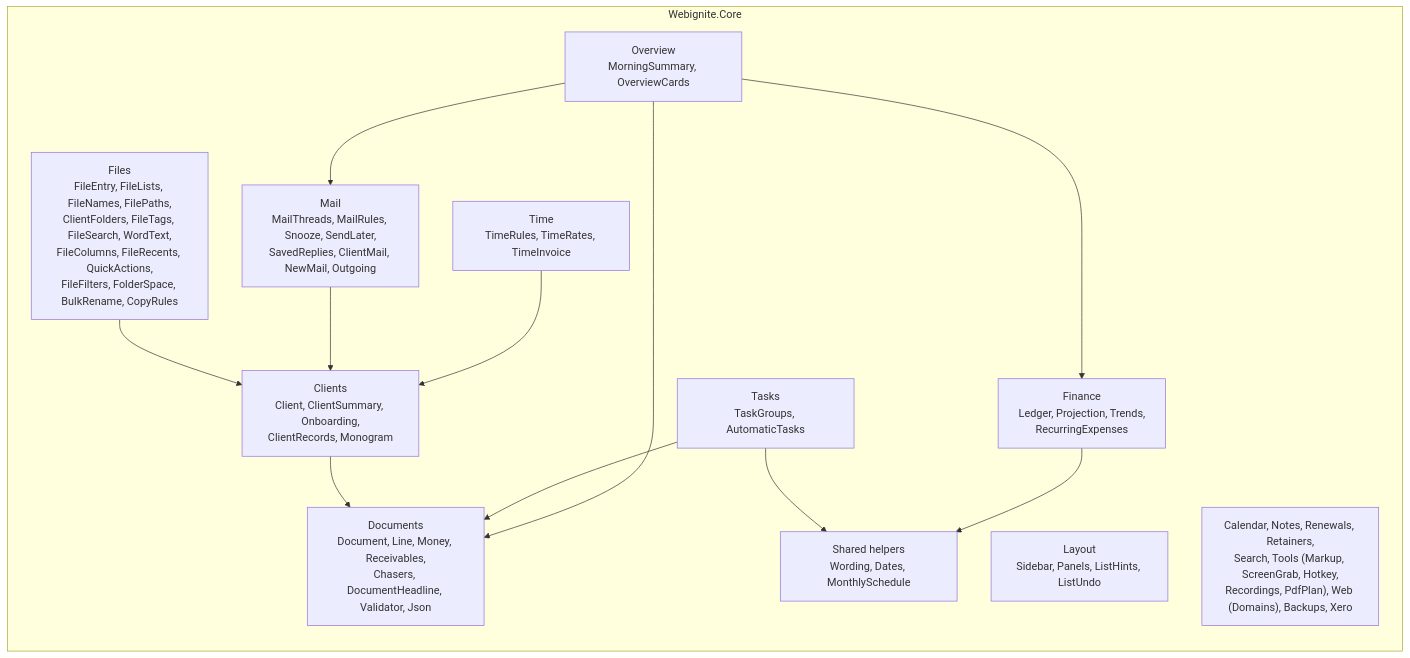
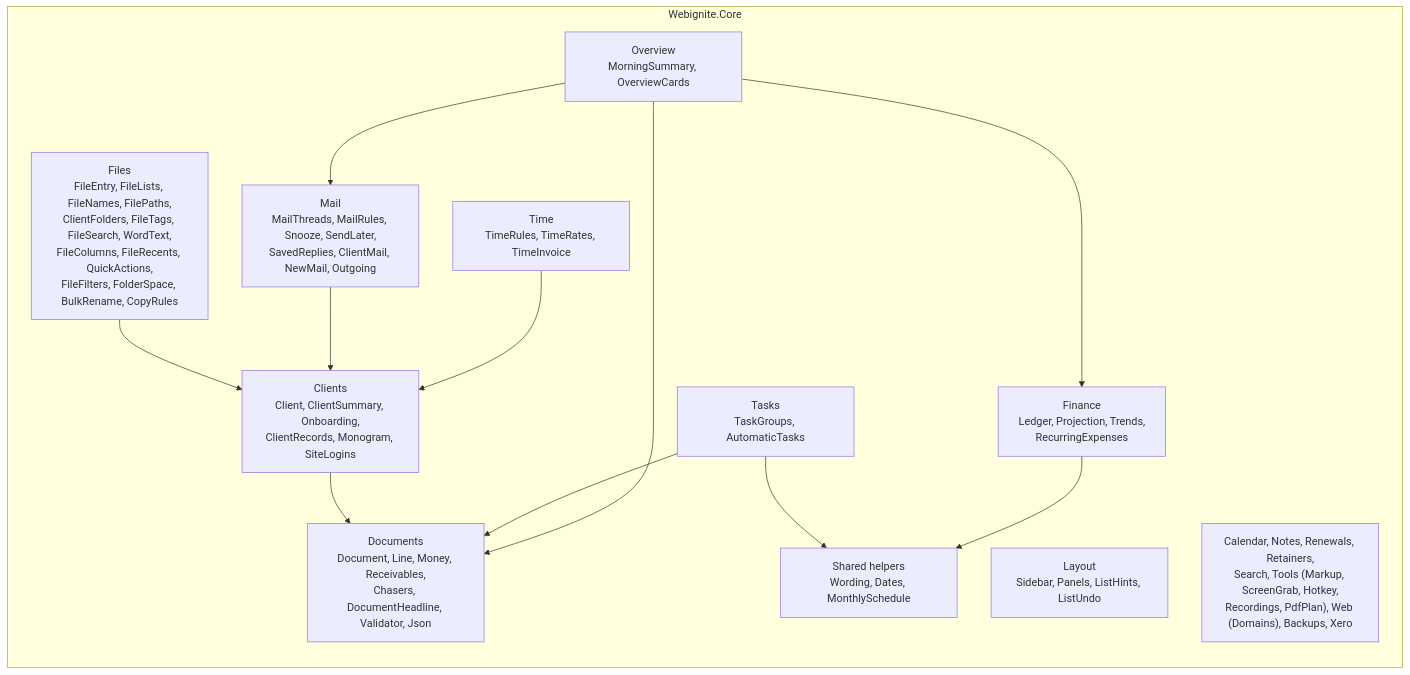
The fourth of 9 diagrams in docs/architecture.md (EdWebIgnite/Webignite-Desktop), drawn with Mermaid before and after one commit. The commit also changed other lines of this file and 13 other files, not shown here.

First line of the commit message:
Site logins under each client

````diff
--- a/docs/architecture.md
+++ b/docs/architecture.md
@@ -114,26 +114,26 @@
 ```mermaid
 flowchart LR
     subgraph core["Webignite.Core"]
         documents["Documents<br/>Document, Line, Money, Receivables,<br/>Chasers, DocumentHeadline, Validator, Json"]
-        clients["Clients<br/>Client, ClientSummary, Onboarding,<br/>ClientRecords, Monogram"]
+        clients["Clients<br/>Client, ClientSummary, Onboarding,<br/>ClientRecords, Monogram, SiteLogins"]
         mailc["Mail<br/>MailThreads, MailRules, Snooze, SendLater,<br/>SavedReplies, ClientMail, NewMail, Outgoing"]
         finance["Finance<br/>Ledger, Projection, Trends,<br/>RecurringExpenses"]
         time["Time<br/>TimeRules, TimeRates, TimeInvoice"]
         tasks["Tasks<br/>TaskGroups, AutomaticTasks"]
         overview["Overview<br/>MorningSummary, OverviewCards"]
         layout["Layout<br/>Sidebar, Panels, ListHints, ListUndo"]
         shared["Shared helpers<br/>Wording, Dates, MonthlySchedule"]
         files["Files<br/>FileEntry, FileLists, FileNames, FilePaths,<br/>ClientFolders, FileTags, FileSearch, WordText,<br/>FileColumns, FileRecents, QuickActions,<br/>FileFilters, FolderSpace, BulkRename, CopyRules"]
         other["Calendar, Notes, Renewals, Retainers,<br/>Search, Tools (Markup, ScreenGrab, Hotkey,<br/>Recordings, PdfPlan), Web (Domains), Backups, Xero"]
     end
     overview --> documents
     overview --> finance
     overview --> mailc
     tasks --> documents
     clients --> documents
     time --> clients
     mailc --> clients
     files --> clients
     finance --> shared
     tasks --> shared
 ```
````
